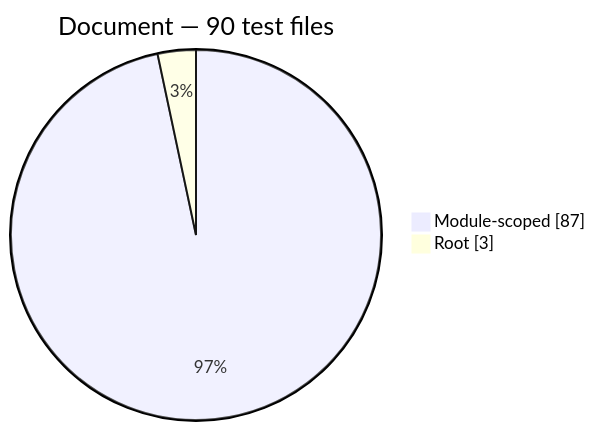
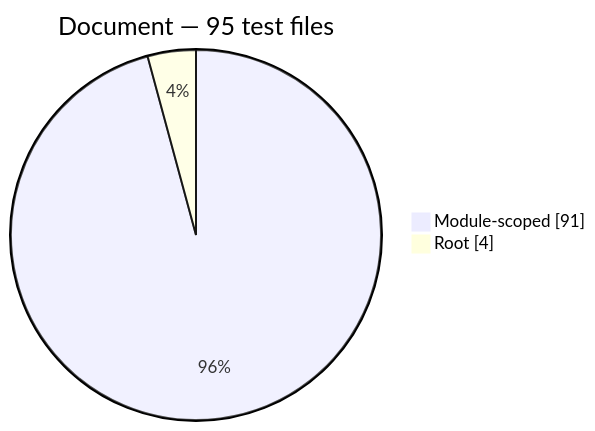
The fourth of 13 diagrams in docs/generated/test-composition.md (PHP-Arazzo/php-arazzo), drawn with Mermaid before and after one commit. The commit also changed other lines of this file and 43 other files, not shown here.

````diff
--- a/docs/generated/test-composition.md
+++ b/docs/generated/test-composition.md
@@ -60,6 +60,6 @@
 ```mermaid
 pie showData
-    title Document — 90 test files
-    "Module-scoped": 87
-    "Root": 3
+    title Document — 95 test files
+    "Module-scoped": 91
+    "Root": 4
 ```
````
